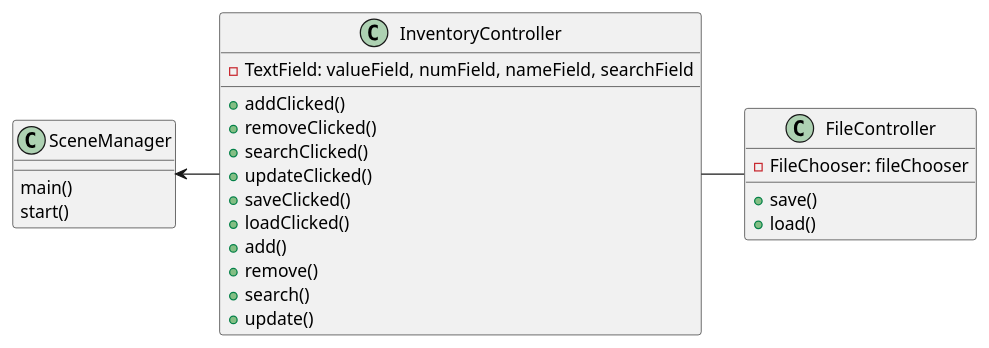
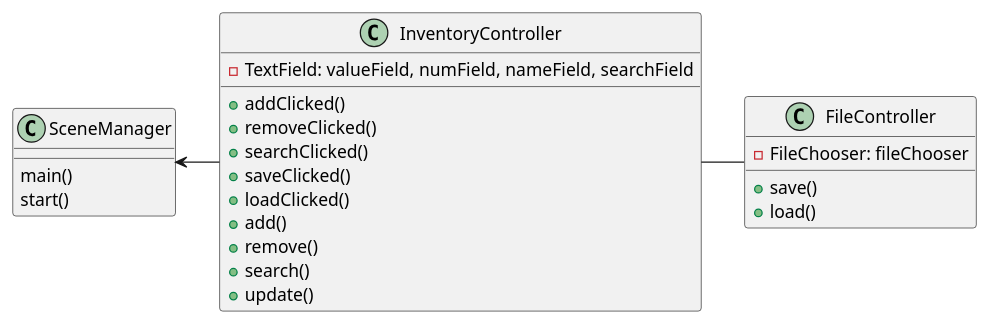
The diagram in uml/classes.puml (lcorona26/corona-0708-a5), drawn with PlantUML before and after one commit. The commit also changed 8 other files, not shown here.

```diff
--- a/uml/classes.puml
+++ b/uml/classes.puml
@@ -1,38 +1,37 @@
 @startuml
 
 class SceneManager{
     main()
     start()
 }
 class InventoryController{
 
     -TextField: valueField, numField, nameField, searchField
 
 
     + addClicked()
     + removeClicked()
     + searchClicked()
-    + updateClicked()
     + saveClicked()
     + loadClicked()
     + add()
     + remove()
     + search()
     + update()
 
 
 
 }
 class FileController{
 
     -FileChooser: fileChooser
 
     + save()
     + load()
 }
 
 
 SceneManager <-InventoryController
 InventoryController - FileController
 
 @enduml
```
